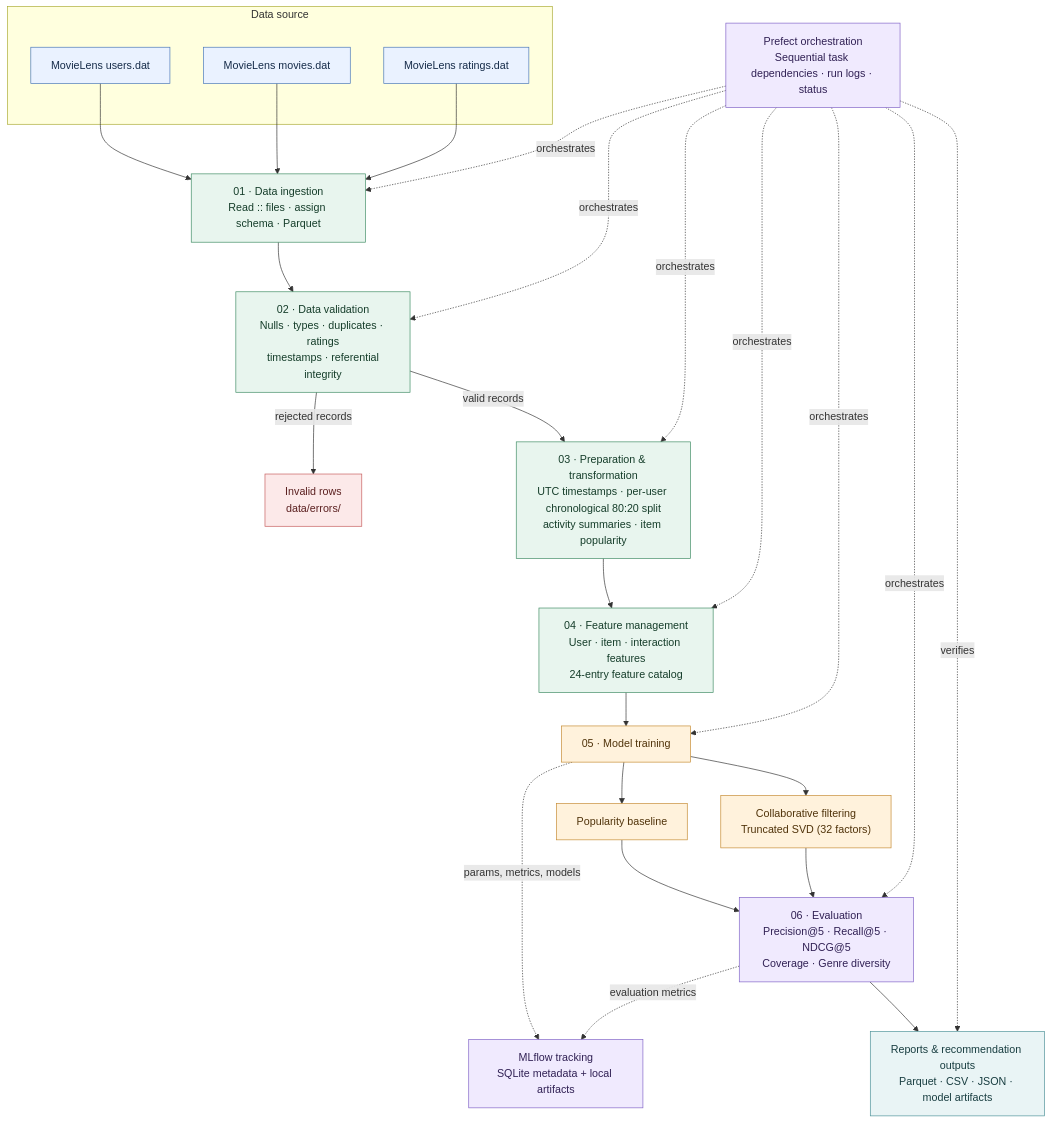
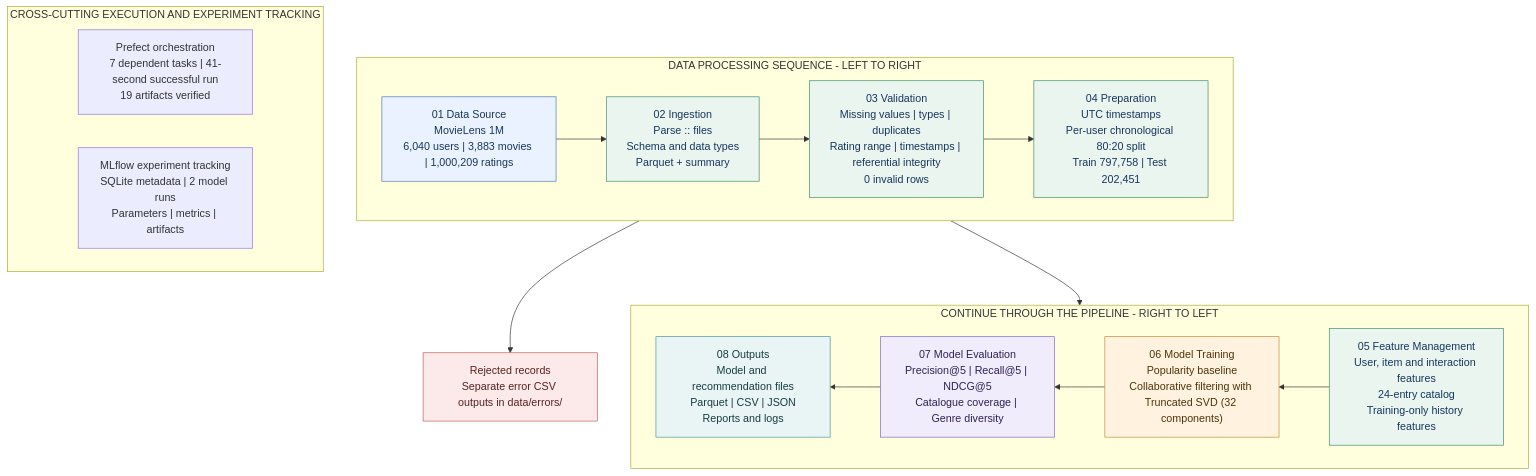
Before and after one commit to 2025ag05348-maker/DM4ML_Assignment_2: the diagram in architecture/pipeline_architecture.mmd, drawn with Mermaid. The commit also changed 5 other files, not shown here.

Commit message:
Fix architecture diagram and add final assignment report

```diff
--- a/architecture/pipeline_architecture.mmd
+++ b/architecture/pipeline_architecture.mmd
@@ -1,57 +1,34 @@
 flowchart TB
-    subgraph SOURCE["Data source"]
-        U["MovieLens users.dat"]
-        M["MovieLens movies.dat"]
-        R["MovieLens ratings.dat"]
-    end
-
-    I["01 · Data ingestion\nRead :: files · assign schema · Parquet"]
-    V["02 · Data validation\nNulls · types · duplicates · ratings\n timestamps · referential integrity"]
-    E["Invalid rows\ndata/errors/"]
-    P["03 · Preparation & transformation\nUTC timestamps · per-user chronological 80:20 split\nactivity summaries · item popularity"]
-    X["04 · Feature management\nUser · item · interaction features\n24-entry feature catalog"]
-    T["05 · Model training"]
-    POP["Popularity baseline"]
-    SVD["Collaborative filtering\nTruncated SVD (32 factors)"]
-    EV["06 · Evaluation\nPrecision@5 · Recall@5 · NDCG@5\nCoverage · Genre diversity"]
-    OUT["Reports & recommendation outputs\nParquet · CSV · JSON · model artifacts"]
-    MLF["MLflow tracking\nSQLite metadata + local artifacts"]
-    PF["Prefect orchestration\nSequential task dependencies · run logs · status"]
-
-    U --> I
-    M --> I
-    R --> I
-    I --> V
-    V -->|valid records| P
-    V -->|rejected records| E
-    P --> X
-    X --> T
-    T --> POP
-    T --> SVD
-    POP --> EV
-    SVD --> EV
-    T -. params, metrics, models .-> MLF
-    EV -. evaluation metrics .-> MLF
-    EV --> OUT
-
-    PF -. orchestrates .-> I
-    PF -. orchestrates .-> V
-    PF -. orchestrates .-> P
-    PF -. orchestrates .-> X
-    PF -. orchestrates .-> T
-    PF -. orchestrates .-> EV
-    PF -. verifies .-> OUT
-
-    classDef source fill:#EAF2FF,stroke:#4776B8,color:#152B49
-    classDef process fill:#E8F5EE,stroke:#3F8C64,color:#153D2A
-    classDef model fill:#FFF2DC,stroke:#C58A32,color:#50330A
-    classDef observe fill:#F0EAFE,stroke:#8063C7,color:#302054
-    classDef output fill:#E9F4F5,stroke:#4D9298,color:#183D40
-    classDef error fill:#FCE9E9,stroke:#C65B5B,color:#5B2020
-
-    class U,M,R source
-    class I,V,P,X process
-    class T,POP,SVD model
-    class EV,MLF,PF observe
-    class OUT output
-    class E error
+  subgraph TOP["DATA PROCESSING SEQUENCE - LEFT TO RIGHT"]
+    direction LR
+    DS["01 Data Source<br/>MovieLens 1M<br/>6,040 users | 3,883 movies | 1,000,209 ratings"] -->
+    ING["02 Ingestion<br/>Parse :: files<br/>Schema and data types<br/>Parquet + summary"] -->
+    VAL["03 Validation<br/>Missing values | types | duplicates<br/>Rating range | timestamps | referential integrity<br/>0 invalid rows"] -->
+    PREP["04 Preparation<br/>UTC timestamps<br/>Per-user chronological 80:20 split<br/>Train 797,758 | Test 202,451"]
+  end
+  PREP --> FEAT
+  subgraph BOTTOM["CONTINUE THROUGH THE PIPELINE - RIGHT TO LEFT"]
+    direction RL
+    FEAT["05 Feature Management<br/>User, item and interaction features<br/>24-entry catalog<br/>Training-only history features"] -->
+    TRAIN["06 Model Training<br/>Popularity baseline<br/>Collaborative filtering with Truncated SVD (32 components)"] -->
+    EVAL["07 Model Evaluation<br/>Precision@5 | Recall@5 | NDCG@5<br/>Catalogue coverage | Genre diversity"] -->
+    OUT["08 Outputs<br/>Model and recommendation files<br/>Parquet | CSV | JSON<br/>Reports and logs"]
+  end
+  VAL --> ERR["Rejected records<br/>Separate error CSV outputs in data/errors/"]
+  subgraph OPS["CROSS-CUTTING EXECUTION AND EXPERIMENT TRACKING"]
+    direction LR
+    PF["Prefect orchestration<br/>7 dependent tasks | 41-second successful run<br/>19 artifacts verified"]
+    MLF["MLflow experiment tracking<br/>SQLite metadata | 2 model runs<br/>Parameters | metrics | artifacts"]
+  end
+  classDef source fill:#EAF2FF,stroke:#4778B8,color:#17365D
+  classDef process fill:#E9F5EE,stroke:#3E8B68,color:#17365D
+  classDef model fill:#FFF3DF,stroke:#C28A32,color:#50330A
+  classDef eval fill:#F0ECFC,stroke:#8065C6,color:#302054
+  classDef output fill:#E9F4F5,stroke:#4C9298,color:#183D40
+  classDef error fill:#FCEAEA,stroke:#C65B5B,color:#5B2020
+  class DS source
+  class ING,VAL,PREP,FEAT process
+  class TRAIN model
+  class EVAL eval
+  class OUT output
+  class ERR error
```
